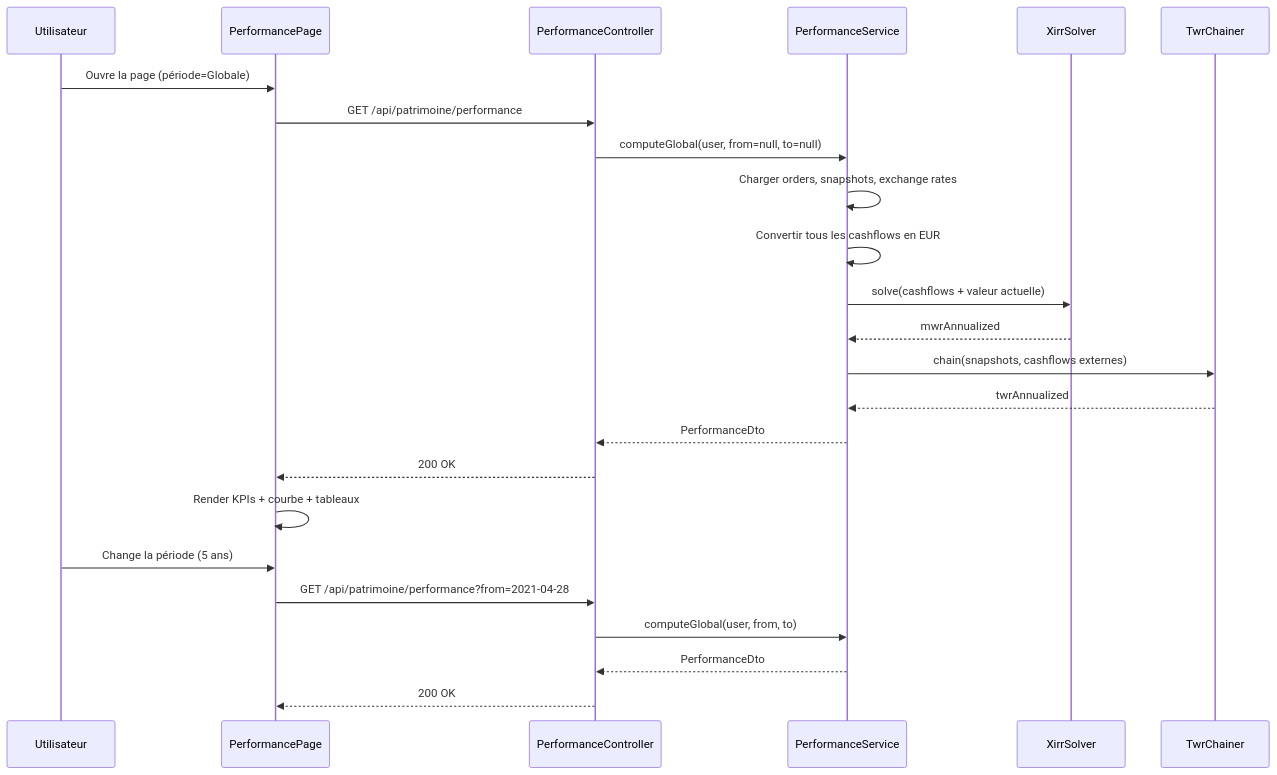
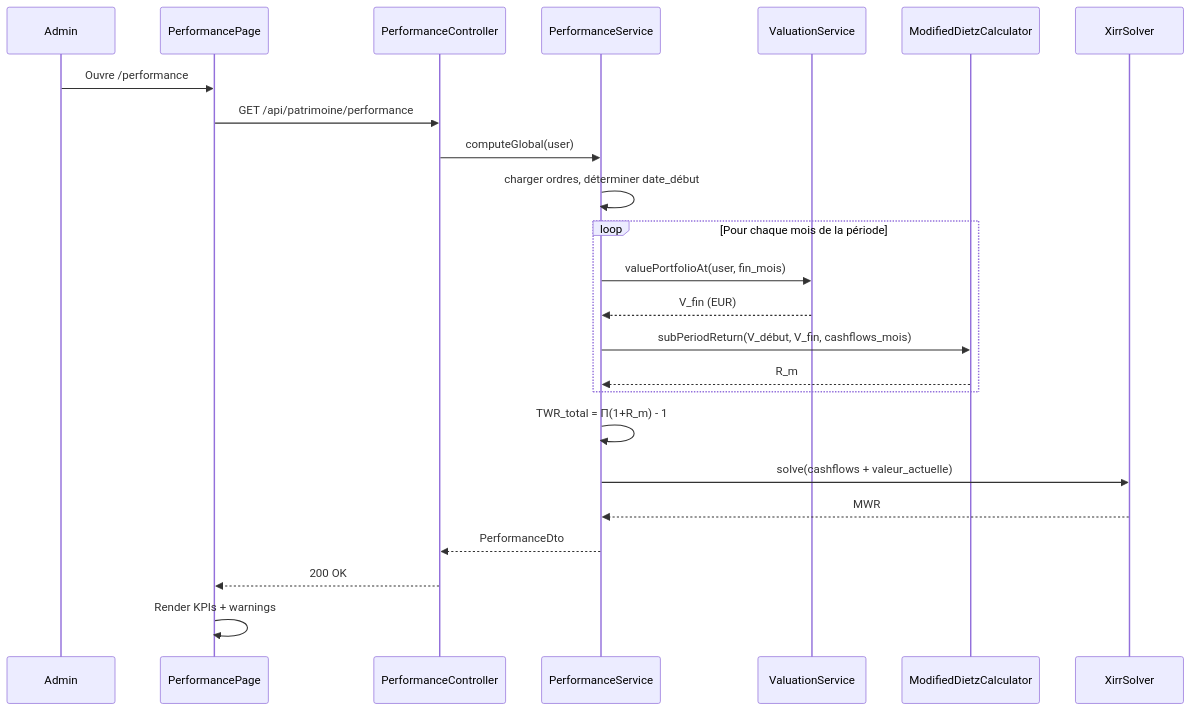
The diagram in docs/architecture/patrimoine-performance.md (Neogost/MyFinance), drawn with Mermaid before and after one commit. The commit also changed other lines of this file and 18 other files, not shown here.

````diff
--- a/docs/architecture/patrimoine-performance.md
+++ b/docs/architecture/patrimoine-performance.md
@@ -347,27 +366,27 @@
 ```mermaid
 sequenceDiagram
-    participant U as Utilisateur
+    participant U as Admin
     participant FE as PerformancePage
     participant BE as PerformanceController
-    participant SVC as PerformanceService
-    participant XIRR as XirrSolver
-    participant TWR as TwrChainer
+    participant PS as PerformanceService
+    participant VS as ValuationService
+    participant DZ as ModifiedDietzCalculator
+    participant XR as XirrSolver
 
-    U->>FE: Ouvre la page (période=Globale)
+    U->>FE: Ouvre /performance
     FE->>BE: GET /api/patrimoine/performance
-    BE->>SVC: computeGlobal(user, from=null, to=null)
-    SVC->>SVC: Charger orders, snapshots, exchange rates
-    SVC->>SVC: Convertir tous les cashflows en EUR
-    SVC->>XIRR: solve(cashflows + valeur actuelle)
-    XIRR-->>SVC: mwrAnnualized
-    SVC->>TWR: chain(snapshots, cashflows externes)
-    TWR-->>SVC: twrAnnualized
-    SVC-->>BE: PerformanceDto
+    BE->>PS: computeGlobal(user)
+    PS->>PS: charger ordres, déterminer date_début
+    loop Pour chaque mois de la période
+        PS->>VS: valuePortfolioAt(user, fin_mois)
+        VS-->>PS: V_fin (EUR)
+        PS->>DZ: subPeriodReturn(V_début, V_fin, cashflows_mois)
+        DZ-->>PS: R_m
+    end
+    PS->>PS: TWR_total = Π(1+R_m) - 1
+    PS->>XR: solve(cashflows + valeur_actuelle)
+    XR-->>PS: MWR
+    PS-->>BE: PerformanceDto
     BE-->>FE: 200 OK
-    FE->>FE: Render KPIs + courbe + tableaux
-    U->>FE: Change la période (5 ans)
-    FE->>BE: GET /api/patrimoine/performance?from=2021-04-28
-    BE->>SVC: computeGlobal(user, from, to)
-    SVC-->>BE: PerformanceDto
-    BE-->>FE: 200 OK
+    FE->>FE: Render KPIs + warnings
 ```
````
